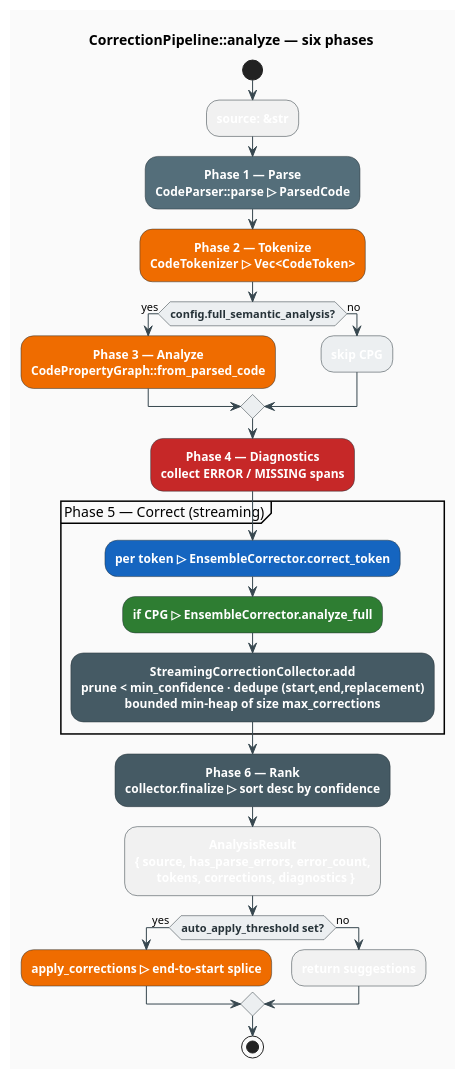
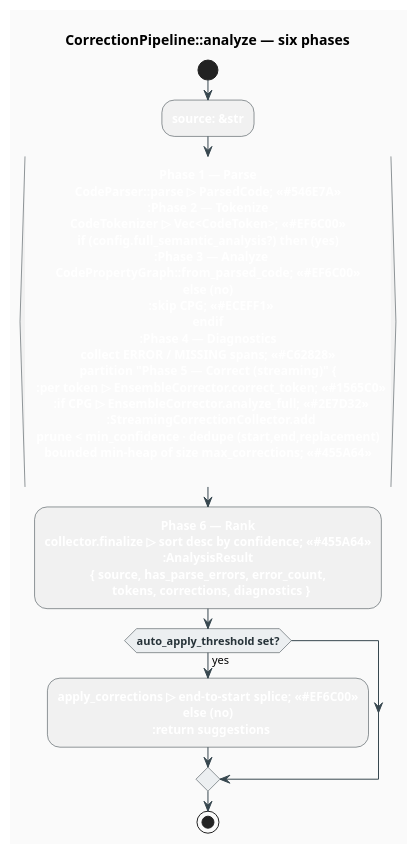
Before and after one commit to vinary-tree/libgrammstein: the diagram in docs/diagrams/code-pipeline.puml, drawn with PlantUML. The commit also changed 53 other files, not shown here.

First line of the commit message:
feat(lint): Rakudo doc/diagram linter with auto-fix; repair 133 violations

```diff
--- a/docs/diagrams/code-pipeline.puml
+++ b/docs/diagrams/code-pipeline.puml
@@ -1,52 +1,52 @@
 @startuml code-pipeline
 ' CorrectionPipeline::analyze — six phases feeding a bounded streaming top-k collector.
 ' Render: plantuml -tsvg docs/diagrams/code-pipeline.puml
 ' Source of truth for Figure 1 in docs/components/code/pipeline.md
 skinparam backgroundColor #FAFAFA
 skinparam shadowing false
 skinparam defaultTextAlignment center
 skinparam linetype ortho
 skinparam ArrowColor #37474F
 skinparam activity {
   FontColor white
   FontStyle bold
   BorderColor #263238
   DiamondBackgroundColor #ECEFF1
   DiamondFontColor #263238
 }
 title CorrectionPipeline::analyze — six phases
 
 start
 :source: &str;
-#546E7A:**Phase 1 — Parse**
-CodeParser::parse ▷ ParsedCode;
-#EF6C00:**Phase 2 — Tokenize**
-CodeTokenizer ▷ Vec<CodeToken>;
+:**Phase 1 — Parse**
+CodeParser::parse ▷ ParsedCode; <<#546E7A>>
+:**Phase 2 — Tokenize**
+CodeTokenizer ▷ Vec<CodeToken>; <<#EF6C00>>
 if (config.full_semantic_analysis?) then (yes)
-  #EF6C00:**Phase 3 — Analyze**
-CodePropertyGraph::from_parsed_code;
+  :**Phase 3 — Analyze**
+CodePropertyGraph::from_parsed_code; <<#EF6C00>>
 else (no)
-  #ECEFF1:skip CPG;
+  :skip CPG; <<#ECEFF1>>
 endif
-#C62828:**Phase 4 — Diagnostics**
-collect ERROR / MISSING spans;
+:**Phase 4 — Diagnostics**
+collect ERROR / MISSING spans; <<#C62828>>
 partition "Phase 5 — Correct (streaming)" {
-  #1565C0:per token ▷ EnsembleCorrector.correct_token;
-  #2E7D32:if CPG ▷ EnsembleCorrector.analyze_full;
-  #455A64:StreamingCorrectionCollector.add
+  :per token ▷ EnsembleCorrector.correct_token; <<#1565C0>>
+  :if CPG ▷ EnsembleCorrector.analyze_full; <<#2E7D32>>
+  :StreamingCorrectionCollector.add
 prune < min_confidence · dedupe (start,end,replacement)
-bounded min-heap of size max_corrections;
+bounded min-heap of size max_corrections; <<#455A64>>
 }
-#455A64:**Phase 6 — Rank**
-collector.finalize ▷ sort desc by confidence;
+:**Phase 6 — Rank**
+collector.finalize ▷ sort desc by confidence; <<#455A64>>
 :**AnalysisResult**
 { source, has_parse_errors, error_count,
   tokens, corrections, diagnostics };
 if (auto_apply_threshold set?) then (yes)
-  #EF6C00:apply_corrections ▷ end-to-start splice;
+  :apply_corrections ▷ end-to-start splice; <<#EF6C00>>
 else (no)
   :return suggestions;
 endif
 stop
 
 @enduml
```
